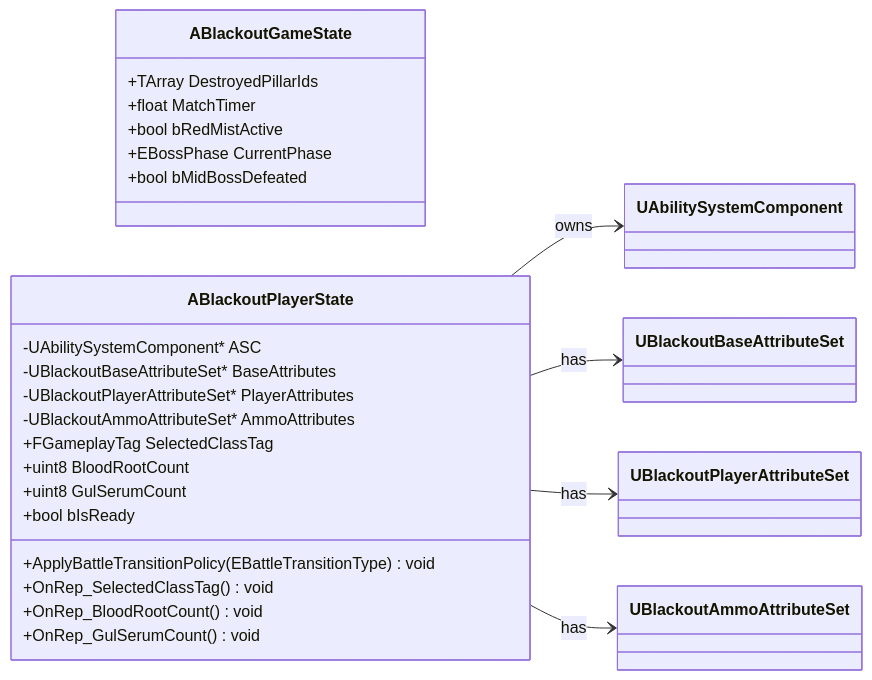
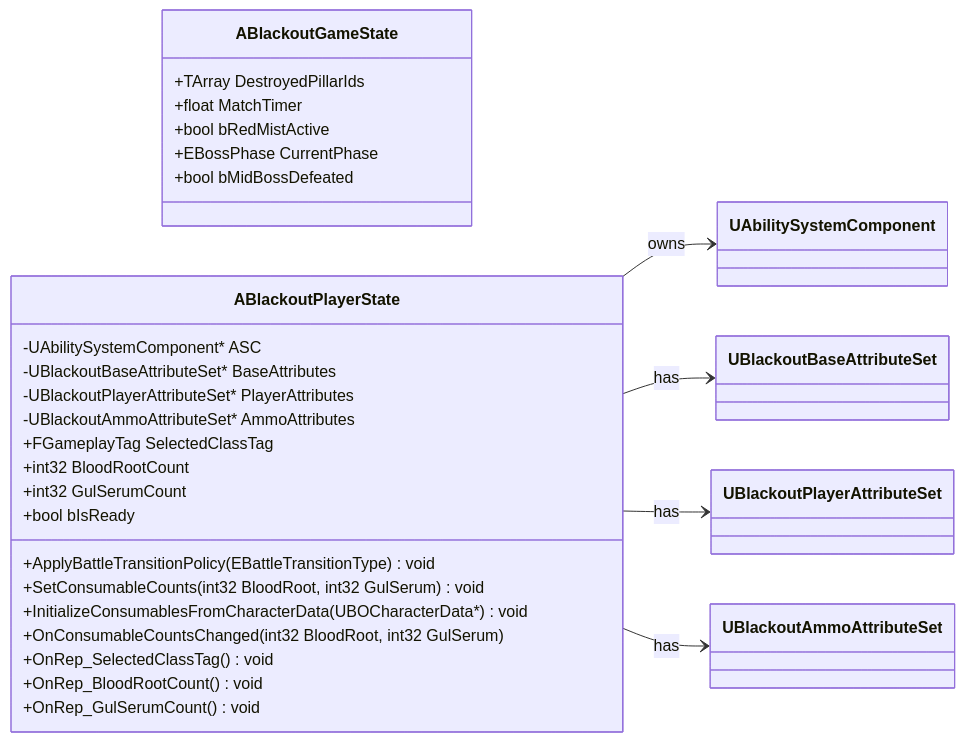
One commit to seongwon1579/ProjectBlackout changed the third of 12 diagrams in Docs/Project_Blackout_클래스다이어그램.md. Above: the diagram before and after it, drawn with Mermaid. The commit also changed other lines of this file and 4 other files, not shown here.

````diff
--- a/Docs/Project_Blackout_클래스다이어그램.md
+++ b/Docs/Project_Blackout_클래스다이어그램.md
@@ -98,32 +98,35 @@
 ```mermaid
 classDiagram
     direction LR
 
     class ABlackoutGameState {
         +TArray DestroyedPillarIds
         +float MatchTimer
         +bool bRedMistActive
         +EBossPhase CurrentPhase
         +bool bMidBossDefeated
     }
 
     class ABlackoutPlayerState {
         -UAbilitySystemComponent* ASC
         -UBlackoutBaseAttributeSet* BaseAttributes
         -UBlackoutPlayerAttributeSet* PlayerAttributes
         -UBlackoutAmmoAttributeSet* AmmoAttributes
         +FGameplayTag SelectedClassTag
-        +uint8 BloodRootCount
-        +uint8 GulSerumCount
+        +int32 BloodRootCount
+        +int32 GulSerumCount
         +bool bIsReady
         +ApplyBattleTransitionPolicy(EBattleTransitionType) void
+        +SetConsumableCounts(int32 BloodRoot, int32 GulSerum) void
+        +InitializeConsumablesFromCharacterData(UBOCharacterData*) void
+        +OnConsumableCountsChanged(int32 BloodRoot, int32 GulSerum)
         +OnRep_SelectedClassTag() void
         +OnRep_BloodRootCount() void
         +OnRep_GulSerumCount() void
     }
 
     ABlackoutPlayerState --> UAbilitySystemComponent : owns
     ABlackoutPlayerState --> UBlackoutBaseAttributeSet : has
     ABlackoutPlayerState --> UBlackoutPlayerAttributeSet : has
     ABlackoutPlayerState --> UBlackoutAmmoAttributeSet : has
 ```
````
